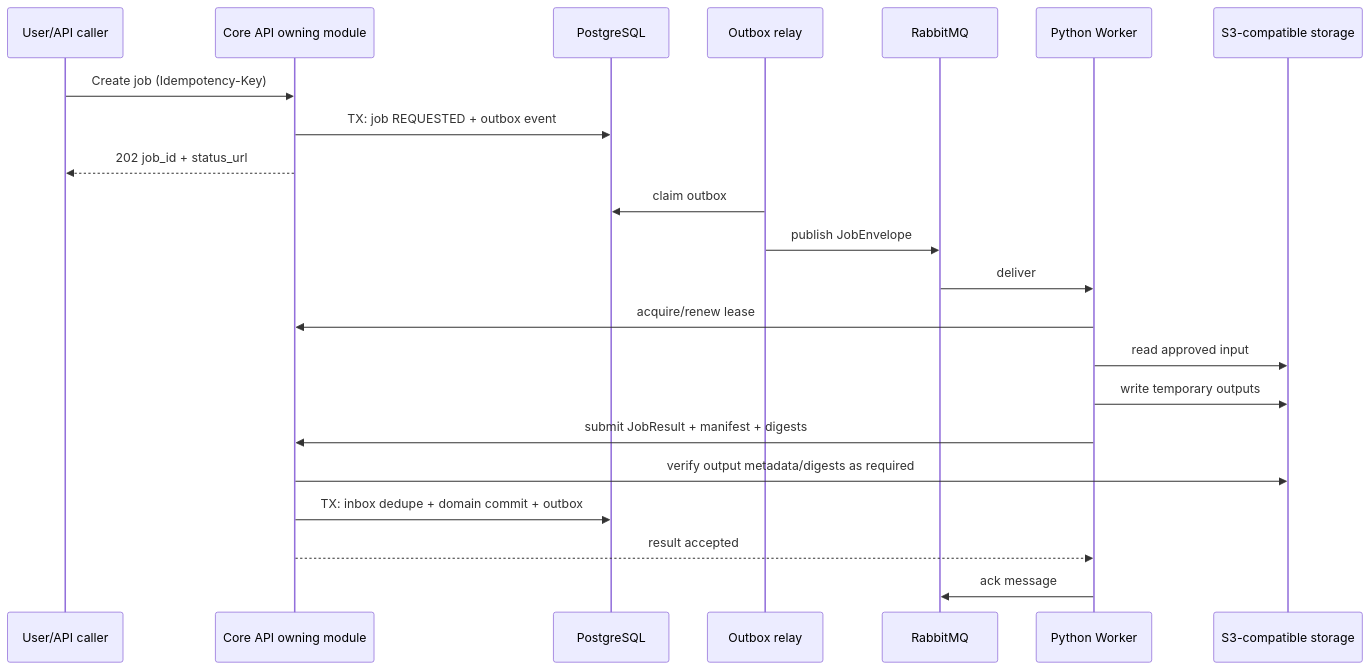
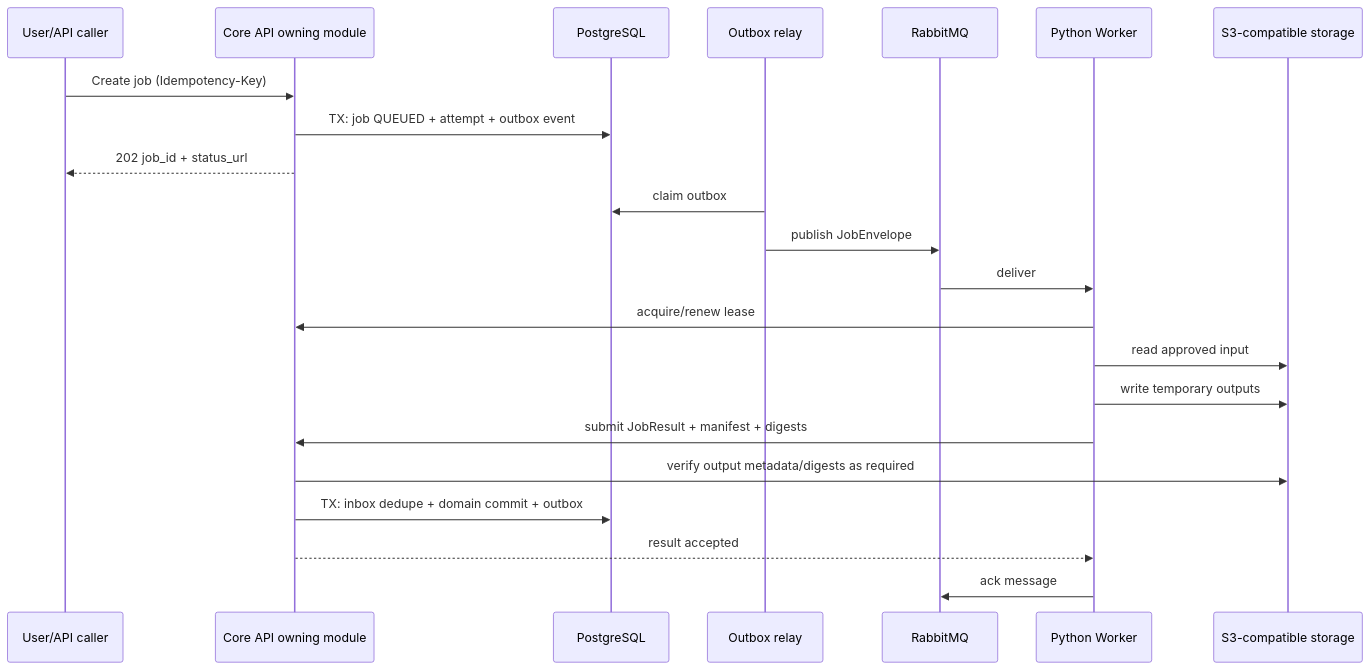
The diagram in docs/architecture/asynchronous-job-protocol.md (Soberis/medication-video-platform), drawn with Mermaid before and after one commit. The commit also changed other lines of this file and 25 other files, not shown here.

````diff
--- a/docs/architecture/asynchronous-job-protocol.md
+++ b/docs/architecture/asynchronous-job-protocol.md
@@ -49,25 +49,25 @@
 ```mermaid
 sequenceDiagram
     participant U as User/API caller
     participant A as Core API owning module
     participant DB as PostgreSQL
     participant R as Outbox relay
     participant Q as RabbitMQ
     participant W as Python Worker
     participant S as S3-compatible storage
 
     U->>A: Create job (Idempotency-Key)
-    A->>DB: TX: job REQUESTED + outbox event
+    A->>DB: TX: job QUEUED + attempt + outbox event
     A-->>U: 202 job_id + status_url
     R->>DB: claim outbox
     R->>Q: publish JobEnvelope
     Q->>W: deliver
     W->>A: acquire/renew lease
     W->>S: read approved input
     W->>S: write temporary outputs
     W->>A: submit JobResult + manifest + digests
     A->>S: verify output metadata/digests as required
     A->>DB: TX: inbox dedupe + domain commit + outbox
     A-->>W: result accepted
     W->>Q: ack message
 ```
````
